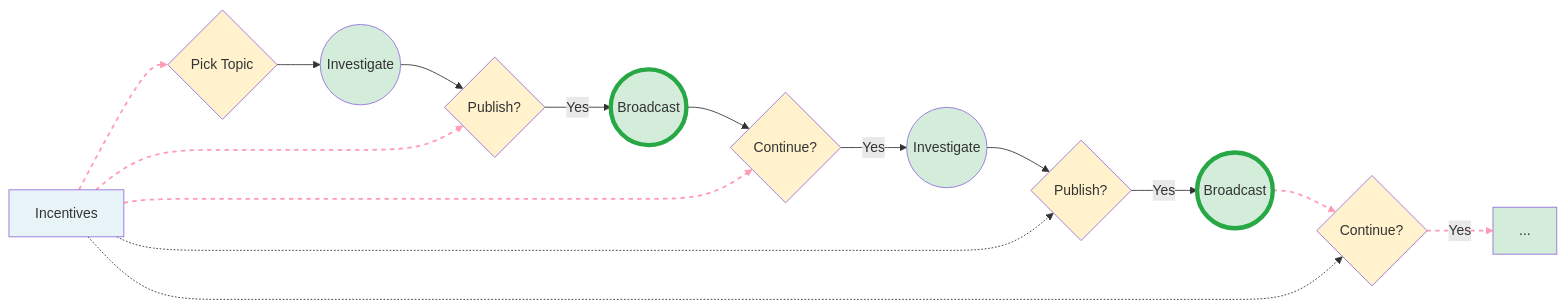
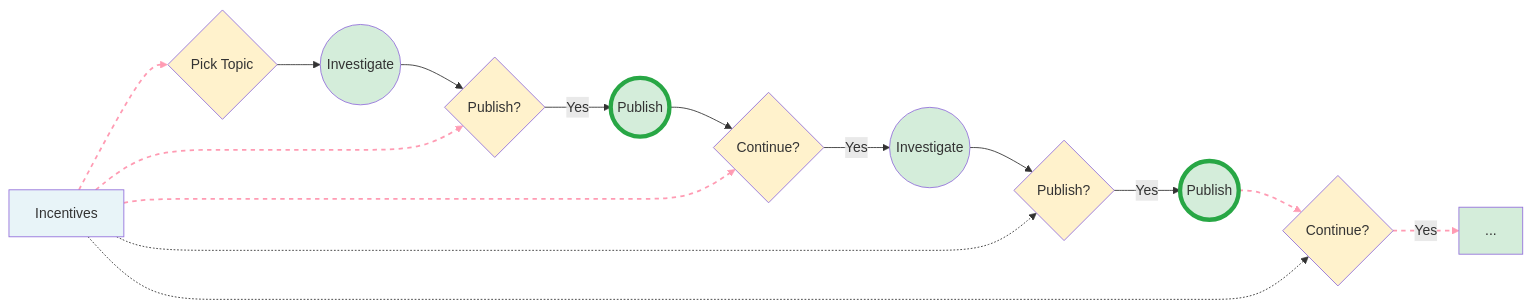
Before and after one commit to cottrell/notes: the third of 5 diagrams in _drafts/2025-09-24-ioannidis-process.md, drawn with Mermaid. The commit also changed other lines of this file, not shown here.

```diff
--- a/_drafts/2025-09-24-ioannidis-process.md
+++ b/_drafts/2025-09-24-ioannidis-process.md
@@ -100,36 +100,36 @@
 {% mermaid %}
 graph LR
     I[Incentives] -.-> T{Pick Topic}
     T --> W1((Investigate))
     W1 --> D1{Publish?}
-    D1 -->|Yes| P1((Broadcast))
+    D1 -->|Yes| P1((Publish))
     P1 --> C1{Continue?}
     C1 -->|Yes| W2((Investigate))
     W2 --> D2{Publish?}
-    D2 -->|Yes| P2((Broadcast))
+    D2 -->|Yes| P2((Publish))
     P2 --> C2{Continue?}
     C2 -->|Yes| More[...]
 
     I -.-> D1
     I -.-> C1
     I -.-> D2
     I -.-> C2
 
     %% Causal link styling
     linkStyle 0 stroke:#ff9bb3,stroke-width:2px,stroke-dasharray: 5 5
     linkStyle 8 stroke:#ff9bb3,stroke-width:2px,stroke-dasharray: 5 5
     linkStyle 9 stroke:#ff9bb3,stroke-width:2px,stroke-dasharray: 5 5
     linkStyle 10 stroke:#ff9bb3,stroke-width:2px,stroke-dasharray: 5 5
     linkStyle 11 stroke:#ff9bb3,stroke-width:2px,stroke-dasharray: 5 5
 
     %% Styling
     classDef process fill:#e8f4f8
     classDef decision fill:#fff2cc
     classDef outcome fill:#d4edda
     classDef broadcast fill:#d4edda,stroke:#28a745,stroke-width:5px
 
     class I process
     class T,D1,C1,D2,C2 decision
     class W1,W2,More outcome
     class P1,P2 broadcast
 {% endmermaid %}
```
